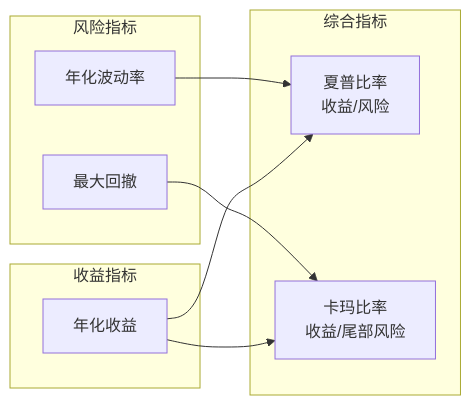
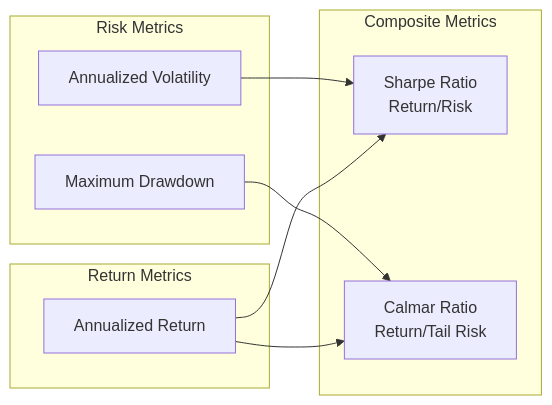
The second of 2 diagrams in README.md (jeremygu000/algorithmic-trading), drawn with Mermaid before and after one commit. The commit also changed other lines of this file, not shown here.

````diff
--- a/README.md
+++ b/README.md
@@ -177,18 +177,18 @@
 ```mermaid
 graph LR
-    subgraph 风险指标
-        A[年化波动率]
-        B[最大回撤]
+    subgraph Risk Metrics
+        A[Annualized Volatility]
+        B[Maximum Drawdown]
     end
-    subgraph 收益指标
-        C[年化收益]
+    subgraph Return Metrics
+        C[Annualized Return]
     end
-    subgraph 综合指标
-        D[夏普比率<br>收益/风险]
-        E[卡玛比率<br>收益/尾部风险]
+    subgraph Composite Metrics
+        D[Sharpe Ratio<br>Return/Risk]
+        E[Calmar Ratio<br>Return/Tail Risk]
     end
     A --> D
     B --> E
     C --> D
     C --> E
 ```
````
